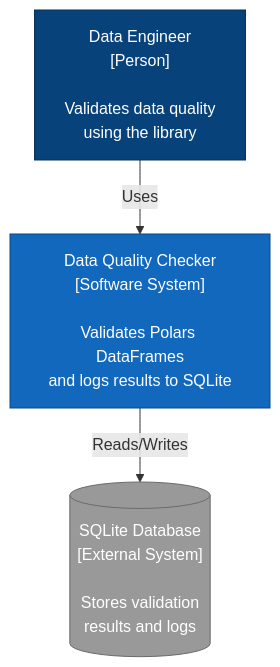
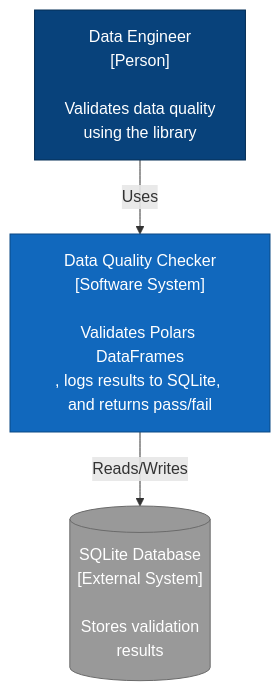
Before and after one commit to josephmachado/data_quality_checker: the first of 2 diagrams in README.md, drawn with Mermaid. The commit also changed other lines of this file and 6 other files, not shown here.

````diff
--- a/README.md
+++ b/README.md
@@ -171,19 +171,19 @@
 ```mermaid
 graph TB
     User["Data Engineer<br/>[Person]<br/><br/>Validates data quality<br/>using the library"]
     
-    System["Data Quality Checker<br/>[Software System]<br/><br/>Validates Polars DataFrames<br/>and logs results to SQLite"]
+    System["Data Quality Checker<br/>[Software System]<br/><br/>Validates Polars DataFrames<br/>, logs results to SQLite, and returns pass/fail"]
     
-    Database[("SQLite Database<br/>[External System]<br/><br/>Stores validation<br/>results and logs")]
+    Database[("SQLite Database<br/>[External System]<br/><br/>Stores validation<br/>results")]
     
     User -->|Uses| System
     System -->|Reads/Writes| Database
     
     classDef person fill:#08427b,stroke:#052e56,color:#fff
     classDef system fill:#1168bd,stroke:#0b4884,color:#fff
     classDef external fill:#999999,stroke:#6b6b6b,color:#fff
     
     class User person
     class System system
     class Database external
 ```
````
